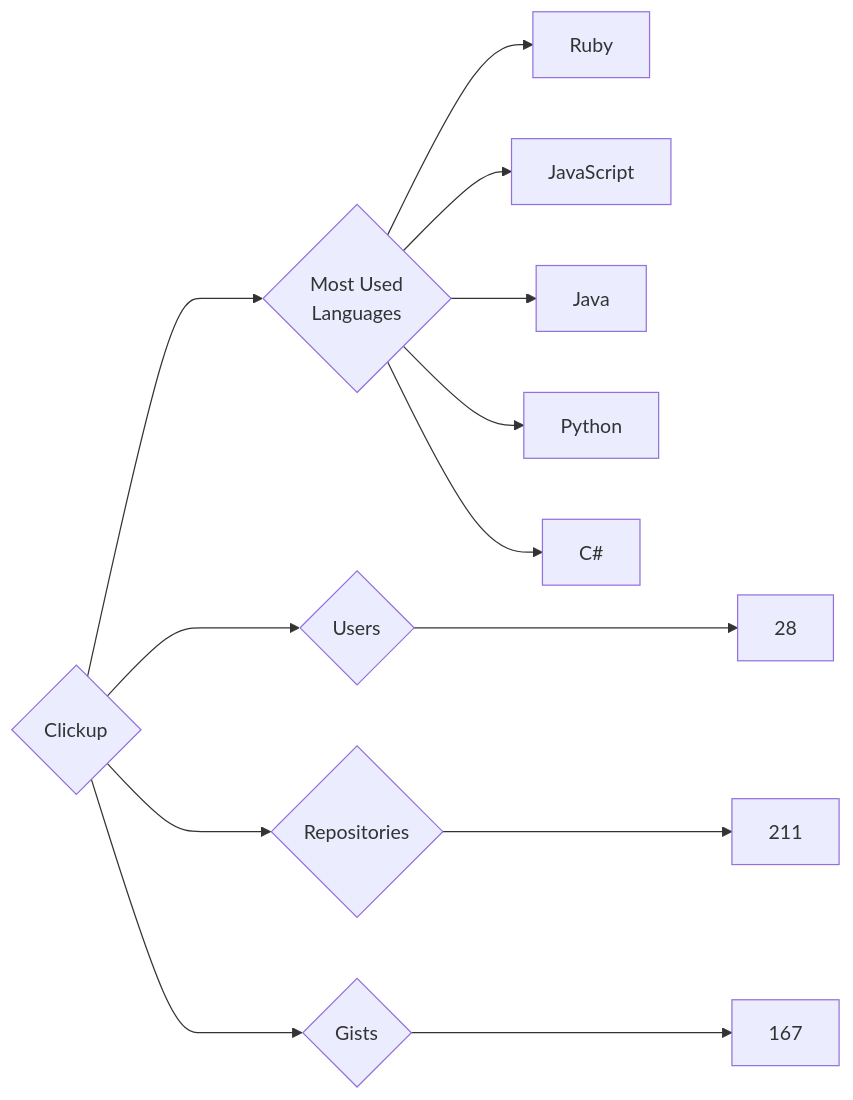
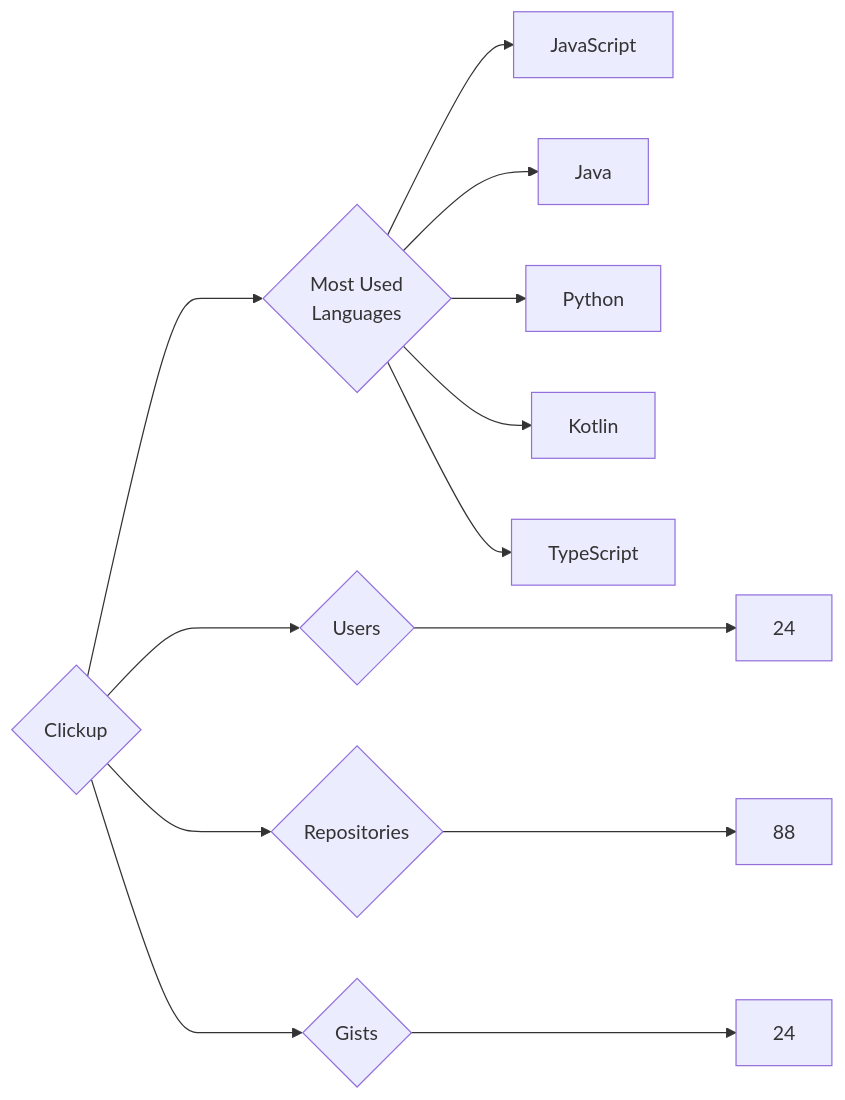
One commit to trickest/insiders changed the diagram in targets/Clickup/README.md. Above: the diagram before and after it, drawn with Mermaid. The commit also changed 935 other files, not shown here.

````diff
--- a/targets/Clickup/README.md
+++ b/targets/Clickup/README.md
@@ -3,13 +3,13 @@
 ```mermaid
 graph LR
 COMPANY_NAME{Clickup}
-COMPANY_NAME ---> U{Users} ---> UN[28]
-COMPANY_NAME ---> R{Repositories} ---> RN[211]
-COMPANY_NAME ---> G{Gists} ---> GN[167]
+COMPANY_NAME ---> U{Users} ---> UN[24]
+COMPANY_NAME ---> R{Repositories} ---> RN[88]
+COMPANY_NAME ---> G{Gists} ---> GN[24]
 COMPANY_NAME ---> ML{Most Used<br>Languages}
-ML --> Ruby[Ruby]
 ML --> JavaScript[JavaScript]
 ML --> Java[Java]
 ML --> Python[Python]
-ML --> C#[C#]
+ML --> Kotlin[Kotlin]
+ML --> TypeScript[TypeScript]
 ```
````
